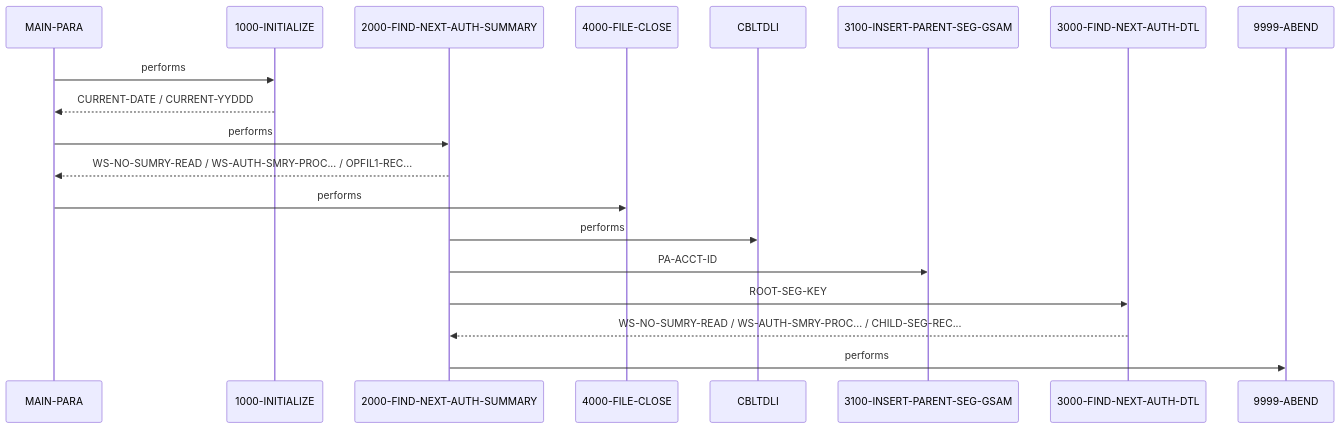
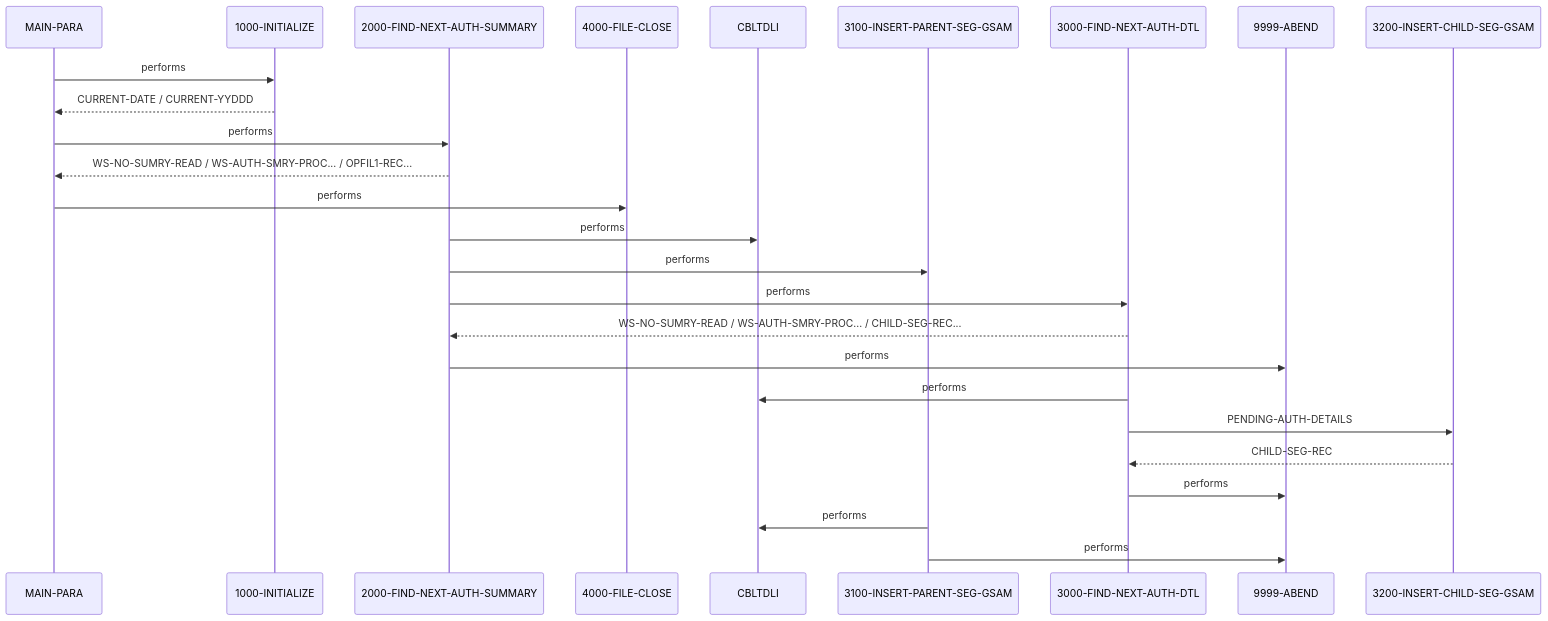
One commit to andrasfe/war_rig changed the diagram in example_output/cbl/DBUNLDGS.CBL.md. Above: the diagram before and after it, drawn with Mermaid. The commit also changed other lines of this file and 189 other files, not shown here.

````diff
--- a/example_output/cbl/DBUNLDGS.CBL.md
+++ b/example_output/cbl/DBUNLDGS.CBL.md
@@ -144,21 +189,28 @@
 ```mermaid
 sequenceDiagram
     participant MAIN_PARA as MAIN-PARA
     participant 1000_INITIALIZE as 1000-INITIALIZE
     participant 2000_FIND_NEXT_AUTH_SUMMARY as 2000-FIND-NEXT-AUTH-SUMMARY
     participant 4000_FILE_CLOSE as 4000-FILE-CLOSE
     participant CBLTDLI as CBLTDLI
     participant 3100_INSERT_PARENT_SEG_GSAM as 3100-INSERT-PARENT-SEG-GSAM
     participant 3000_FIND_NEXT_AUTH_DTL as 3000-FIND-NEXT-AUTH-DTL
     participant 9999_ABEND as 9999-ABEND
+    participant 3200_INSERT_CHILD_SEG_GSAM as 3200-INSERT-CHILD-SEG-GSAM
     MAIN_PARA->>1000_INITIALIZE: performs
     1000_INITIALIZE-->>MAIN_PARA: CURRENT-DATE / CURRENT-YYDDD
     MAIN_PARA->>2000_FIND_NEXT_AUTH_SUMMARY: performs
     2000_FIND_NEXT_AUTH_SUMMARY-->>MAIN_PARA: WS-NO-SUMRY-READ / WS-AUTH-SMRY-PROC... / OPFIL1-REC...
     MAIN_PARA->>4000_FILE_CLOSE: performs
     2000_FIND_NEXT_AUTH_SUMMARY->>CBLTDLI: performs
-    2000_FIND_NEXT_AUTH_SUMMARY->>3100_INSERT_PARENT_SEG_GSAM: PA-ACCT-ID
-    2000_FIND_NEXT_AUTH_SUMMARY->>3000_FIND_NEXT_AUTH_DTL: ROOT-SEG-KEY
+    2000_FIND_NEXT_AUTH_SUMMARY->>3100_INSERT_PARENT_SEG_GSAM: performs
+    2000_FIND_NEXT_AUTH_SUMMARY->>3000_FIND_NEXT_AUTH_DTL: performs
     3000_FIND_NEXT_AUTH_DTL-->>2000_FIND_NEXT_AUTH_SUMMARY: WS-NO-SUMRY-READ / WS-AUTH-SMRY-PROC... / CHILD-SEG-REC...
     2000_FIND_NEXT_AUTH_SUMMARY->>9999_ABEND: performs
+    3000_FIND_NEXT_AUTH_DTL->>CBLTDLI: performs
+    3000_FIND_NEXT_AUTH_DTL->>3200_INSERT_CHILD_SEG_GSAM: PENDING-AUTH-DETAILS
+    3200_INSERT_CHILD_SEG_GSAM-->>3000_FIND_NEXT_AUTH_DTL: CHILD-SEG-REC
+    3000_FIND_NEXT_AUTH_DTL->>9999_ABEND: performs
+    3100_INSERT_PARENT_SEG_GSAM->>CBLTDLI: performs
+    3100_INSERT_PARENT_SEG_GSAM->>9999_ABEND: performs
 ```
````
